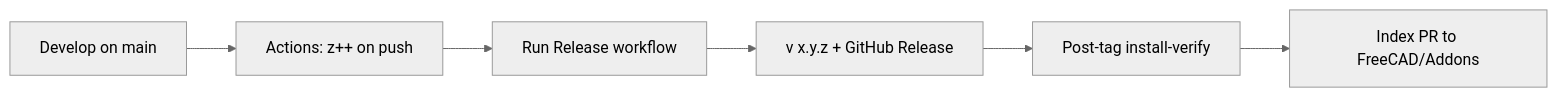
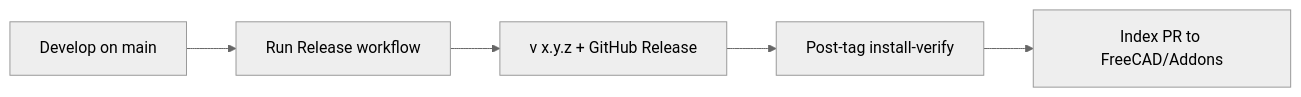
Before and after one commit to CREATeNG/freecad-mcp-bridge: the second of 2 diagrams in MAINTAINING.md, drawn with Mermaid (neutral theme). The commit also changed other lines of this file and 3 other files, not shown here.

````diff
--- a/MAINTAINING.md
+++ b/MAINTAINING.md
@@ -75,8 +84,7 @@
 ```mermaid
 flowchart LR
-  dev[Develop on main] --> bump[Actions: z++ on push]
-  bump --> dispatch[Run Release workflow]
+  dev[Develop on main] --> dispatch[Run Release workflow]
   dispatch --> shipped[v x.y.z + GitHub Release]
   shipped --> postverify[Post-tag install-verify]
   postverify --> index[Index PR to FreeCAD/Addons]
 ```
````
